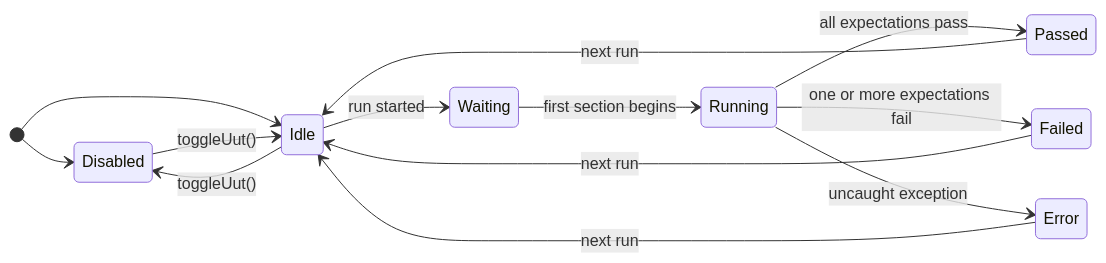
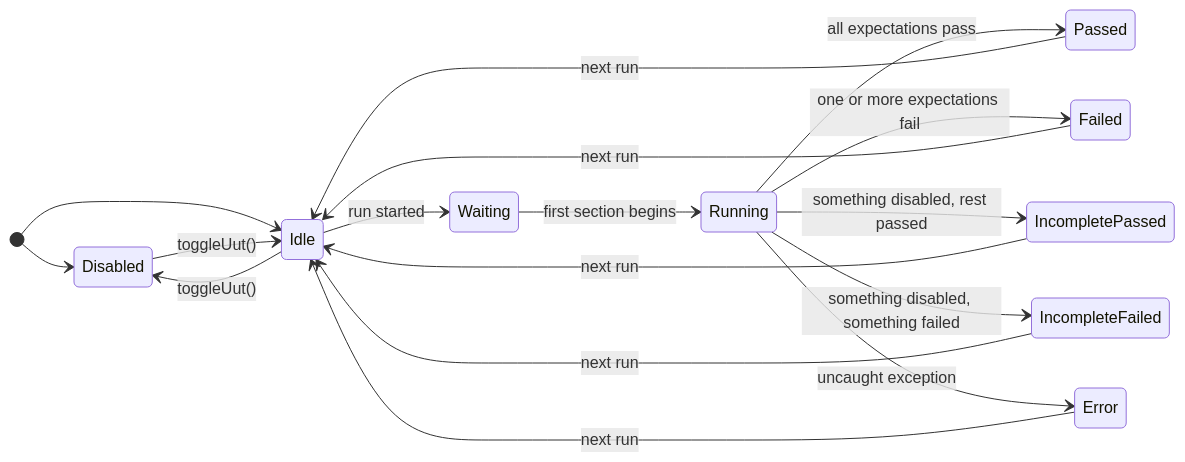
Before and after one commit to smartel99/Frasy: the second of 4 diagrams in docs/architecture/test-lifecycle.md, drawn with Mermaid. The commit also changed other lines of this file and 18 other files, not shown here.

````diff
--- a/docs/architecture/test-lifecycle.md
+++ b/docs/architecture/test-lifecycle.md
@@ -148,16 +148,20 @@
 ```mermaid
 stateDiagram-v2
     direction LR
     [*] --> Disabled
     [*] --> Idle
     Disabled --> Idle : toggleUut()
     Idle --> Disabled : toggleUut()
     Idle --> Waiting : run started
     Waiting --> Running : first section begins
     Running --> Passed : all expectations pass
     Running --> Failed : one or more expectations fail
+    Running --> IncompletePassed : something disabled, rest passed
+    Running --> IncompleteFailed : something disabled, something failed
     Running --> Error : uncaught exception
     Passed --> Idle : next run
     Failed --> Idle : next run
+    IncompletePassed --> Idle : next run
+    IncompleteFailed --> Idle : next run
     Error --> Idle : next run
 ```
````
